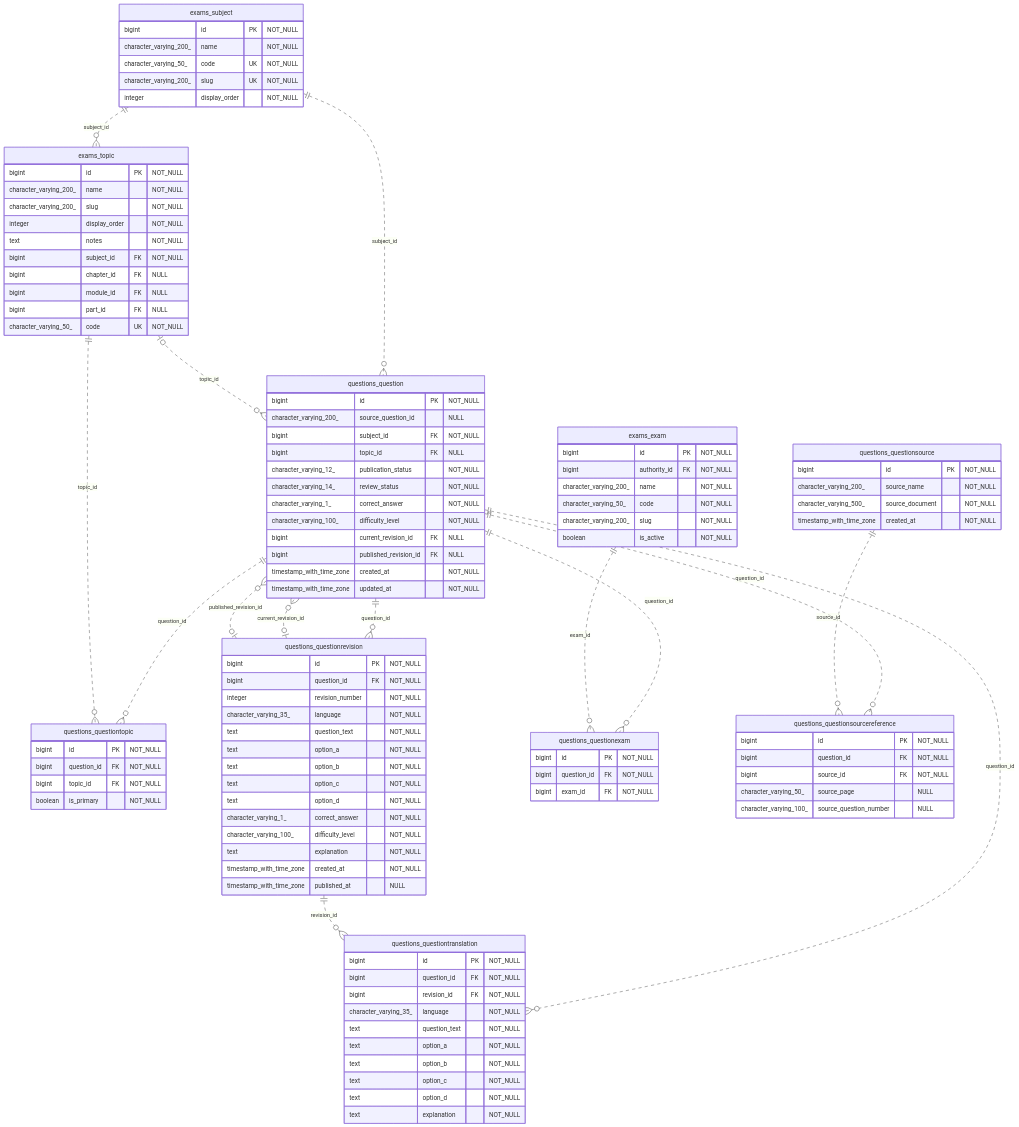
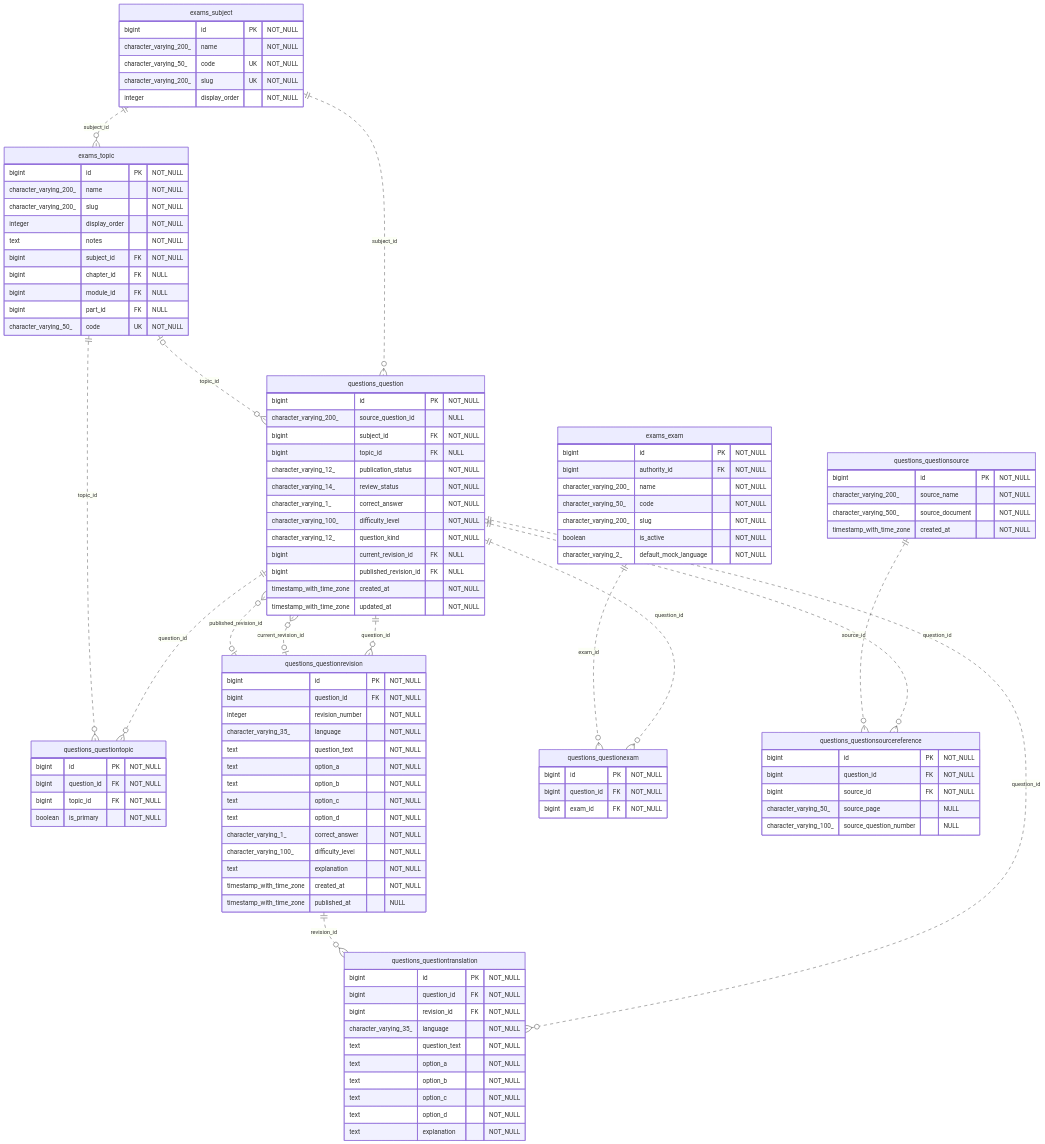
The diagram in docs/erd/questions-core.mmd (EZOPINC/mock), drawn with Mermaid before and after one commit. The commit also changed 9 other files, not shown here.

Commit message:
ERD v1.1

```diff
--- a/docs/erd/questions-core.mmd
+++ b/docs/erd/questions-core.mmd
@@ -1,108 +1,110 @@
 erDiagram
     questions_question {
         bigint id PK "NOT_NULL"
         character_varying_200_ source_question_id "NULL"
         bigint subject_id FK "NOT_NULL"
         bigint topic_id FK "NULL"
         character_varying_12_ publication_status "NOT_NULL"
         character_varying_14_ review_status "NOT_NULL"
         character_varying_1_ correct_answer "NOT_NULL"
         character_varying_100_ difficulty_level "NOT_NULL"
+        character_varying_12_ question_kind "NOT_NULL"
         bigint current_revision_id FK "NULL"
         bigint published_revision_id FK "NULL"
         timestamp_with_time_zone created_at "NOT_NULL"
         timestamp_with_time_zone updated_at "NOT_NULL"
     }
     questions_questiontopic {
         bigint id PK "NOT_NULL"
         bigint question_id FK "NOT_NULL"
         bigint topic_id FK "NOT_NULL"
         boolean is_primary "NOT_NULL"
     }
     questions_questionrevision {
         bigint id PK "NOT_NULL"
         bigint question_id FK "NOT_NULL"
         integer revision_number "NOT_NULL"
         character_varying_35_ language "NOT_NULL"
         text question_text "NOT_NULL"
         text option_a "NOT_NULL"
         text option_b "NOT_NULL"
         text option_c "NOT_NULL"
         text option_d "NOT_NULL"
         character_varying_1_ correct_answer "NOT_NULL"
         character_varying_100_ difficulty_level "NOT_NULL"
         text explanation "NOT_NULL"
         timestamp_with_time_zone created_at "NOT_NULL"
         timestamp_with_time_zone published_at "NULL"
     }
     questions_questiontranslation {
         bigint id PK "NOT_NULL"
         bigint question_id FK "NOT_NULL"
         bigint revision_id FK "NOT_NULL"
         character_varying_35_ language "NOT_NULL"
         text question_text "NOT_NULL"
         text option_a "NOT_NULL"
         text option_b "NOT_NULL"
         text option_c "NOT_NULL"
         text option_d "NOT_NULL"
         text explanation "NOT_NULL"
     }
     questions_questionexam {
         bigint id PK "NOT_NULL"
         bigint question_id FK "NOT_NULL"
         bigint exam_id FK "NOT_NULL"
     }
     questions_questionsource {
         bigint id PK "NOT_NULL"
         character_varying_200_ source_name "NOT_NULL"
         character_varying_500_ source_document "NOT_NULL"
         timestamp_with_time_zone created_at "NOT_NULL"
     }
     questions_questionsourcereference {
         bigint id PK "NOT_NULL"
         bigint question_id FK "NOT_NULL"
         bigint source_id FK "NOT_NULL"
         character_varying_50_ source_page "NULL"
         character_varying_100_ source_question_number "NULL"
     }
     exams_subject {
         bigint id PK "NOT_NULL"
         character_varying_200_ name "NOT_NULL"
         character_varying_50_ code UK "NOT_NULL"
         character_varying_200_ slug UK "NOT_NULL"
         integer display_order "NOT_NULL"
     }
     exams_topic {
         bigint id PK "NOT_NULL"
         character_varying_200_ name "NOT_NULL"
         character_varying_200_ slug "NOT_NULL"
         integer display_order "NOT_NULL"
         text notes "NOT_NULL"
         bigint subject_id FK "NOT_NULL"
         bigint chapter_id FK "NULL"
         bigint module_id FK "NULL"
         bigint part_id FK "NULL"
         character_varying_50_ code UK "NOT_NULL"
     }
     exams_exam {
         bigint id PK "NOT_NULL"
         bigint authority_id FK "NOT_NULL"
         character_varying_200_ name "NOT_NULL"
         character_varying_50_ code "NOT_NULL"
         character_varying_200_ slug "NOT_NULL"
         boolean is_active "NOT_NULL"
+        character_varying_2_ default_mock_language "NOT_NULL"
     }
     exams_subject ||..o{ questions_question : "subject_id"
     exams_topic o|..o{ questions_question : "topic_id"
     questions_questionrevision o|..o{ questions_question : "current_revision_id"
     questions_questionrevision o|..o{ questions_question : "published_revision_id"
     questions_question ||..o{ questions_questiontopic : "question_id"
     exams_topic ||..o{ questions_questiontopic : "topic_id"
     questions_question ||..o{ questions_questionrevision : "question_id"
     questions_question ||..o{ questions_questiontranslation : "question_id"
     questions_questionrevision ||..o{ questions_questiontranslation : "revision_id"
     questions_question ||..o{ questions_questionexam : "question_id"
     exams_exam ||..o{ questions_questionexam : "exam_id"
     questions_question ||..o{ questions_questionsourcereference : "question_id"
     questions_questionsource ||..o{ questions_questionsourcereference : "source_id"
     exams_subject ||..o{ exams_topic : "subject_id"
```
